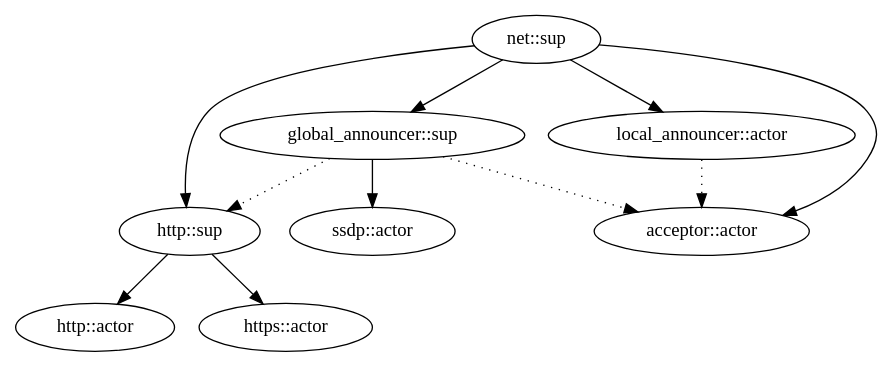
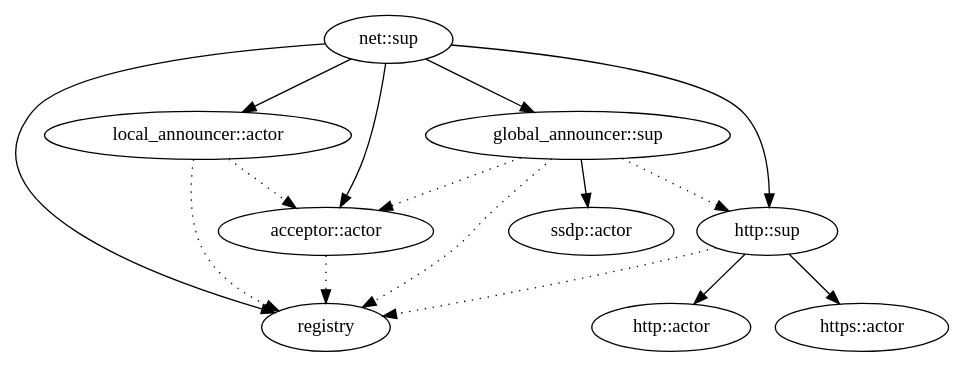
Before and after one commit to basiliscos/syncspirit: the diagram in docs/design.dot, drawn with Graphviz. The commit also changed 15 other files, not shown here.

```diff
--- a/docs/design.dot
+++ b/docs/design.dot
@@ -1,13 +1,18 @@
 // dot -Tpng -o /tmp/h.png < docs/hierarchy.dot
 digraph D {
     "net::sup" -> "http::sup";
+    "net::sup" -> "registry";
     "http::sup" -> "http::actor";
     "http::sup" -> "https::actor";
+    "http::sup" -> "registry" [style = "dotted"];
     "net::sup" -> "local_announcer::actor";
     "net::sup" -> "global_announcer::sup";
     "net::sup" -> "acceptor::actor";
+    "acceptor::actor" -> "registry" [style = "dotted"];
     "global_announcer::sup" -> "ssdp::actor";
+    "global_announcer::sup" -> "registry" [style = "dotted"];
     "global_announcer::sup" -> "http::sup" [style = "dotted"];
     "global_announcer::sup" -> "acceptor::actor" [style = "dotted"];
+    "local_announcer::actor" -> "registry" [style = "dotted"];
     "local_announcer::actor" -> "acceptor::actor" [style = "dotted"];
 }
```
